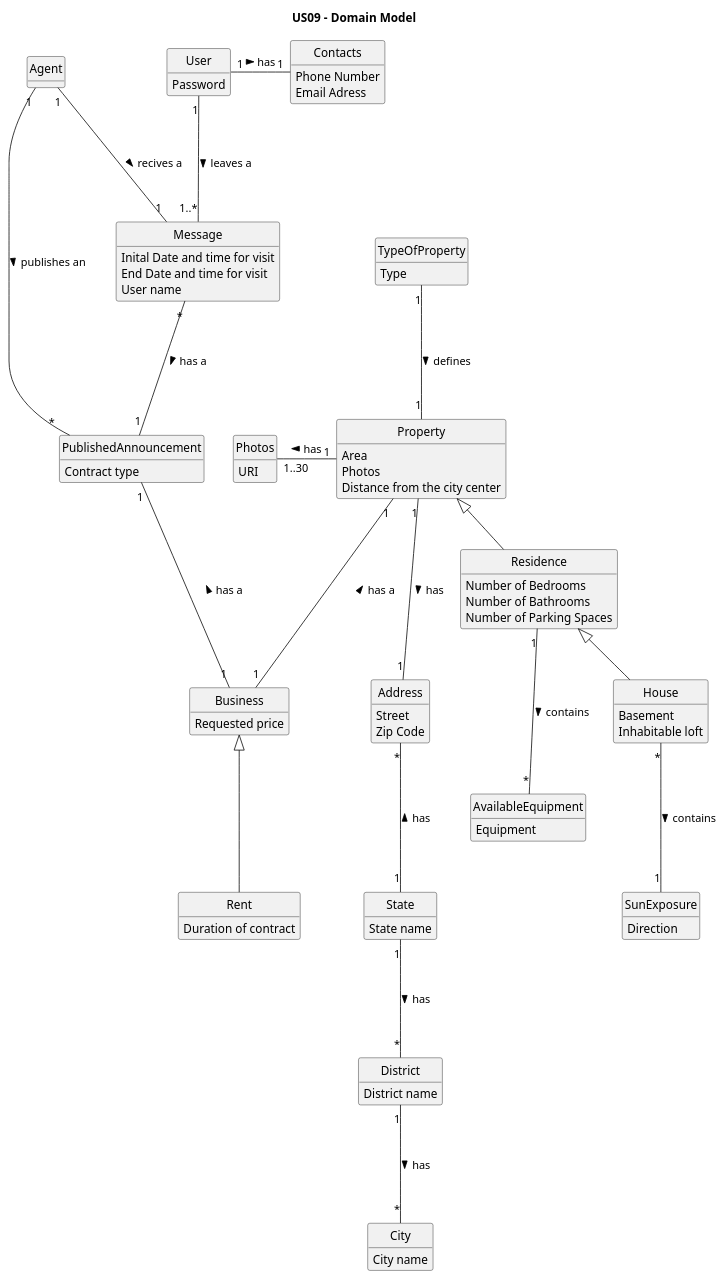
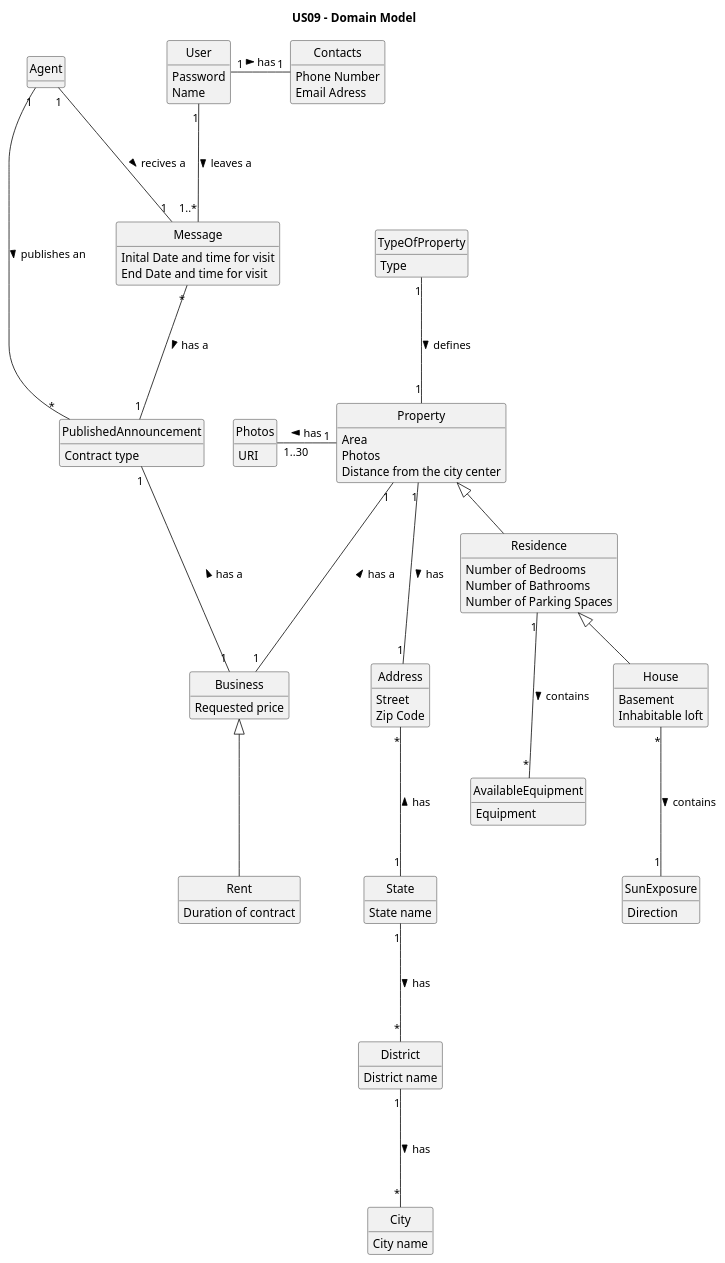
Before and after one commit to PureNimble/ISEP-LAPR2: the diagram in docs/sprintC/US09/02.analysis/puml/us09-domain-model.puml, drawn with PlantUML. The commit also changed 2 other files, not shown here.

Commit message:
US09 System sequence diagram (svg) Domain Module Conclusion + svg

```diff
--- a/docs/sprintC/US09/02.analysis/puml/us09-domain-model.puml
+++ b/docs/sprintC/US09/02.analysis/puml/us09-domain-model.puml
@@ -1,124 +1,124 @@
 @startuml
 
 skinparam groupInheritance 2
 skinparam monochrome true
 skinparam packageStyle rectangle
 skinparam shadowing false
 'skinparam linetype ortho
 'left to right direction
 skinparam classAttributeIconSize 0
 hide circle
 hide methods
 
 title US09 - Domain Model
 
 class Address {
     Street
     Zip Code
 }
 
 class City {
     City name
 }
 
 class District {
     District name
 }
 
 class State {
     State name
 }
 
 State "1" -down-- "*" District: has >
 District "1" -down-- "*" City: has >
 Address "*" -down-- "1" State: has <
 
 class Contacts {
     Phone Number
     Email Adress
 }
 
 class User {
     Password
+    Name
 }
 
 User "1" -right-- "1" Contacts: has >
 
 class Residence {
     Number of Bedrooms
     Number of Bathrooms
     Number of Parking Spaces
 }
 
 class Property {
     Area
     Photos
     Distance from the city center
 }
 
 class TypeOfProperty{
     Type
 }
 
 class Photos {
     URI
 }
 
 class House {
     Basement
     Inhabitable loft
 }
 
 class SunExposure {
     Direction
 }
 
 class AvailableEquipment {
     Equipment
 }
 
 Residence <|-down- House
 Property <|-down- Residence
 Property "1" -left-- "1..30" Photos: has >
 SunExposure "1" -up-- "*" House: contains <
 Address "1" -up-- "1" Property: has <
 AvailableEquipment "*" -up-- "1" Residence: contains <
 TypeOfProperty "1" -down-- "1" Property: defines >
 
 
 class Rent {
     Duration of contract
 }
 
 class Business {
     Requested price
 }
 
 class PublishedAnnouncement {
     Contract type
 }
 
 
 Property "1" --- "1" Business: has a <
 PublishedAnnouncement "1" --- "1" Business: has a <
 Business <|--- Rent
 
 class Message{
     Inital Date and time for visit
     End Date and time for visit
-    User name
 }
 
 class Agent{
 }
 
 Message "*" --- "1" PublishedAnnouncement: has a >
 User "1" --- "1..*" Message: leaves a >
 Agent "1" --- "1" Message: recives a >
 Agent "1" --- "*" PublishedAnnouncement: publishes an >
 
 
 
 
 
 @enduml
```
